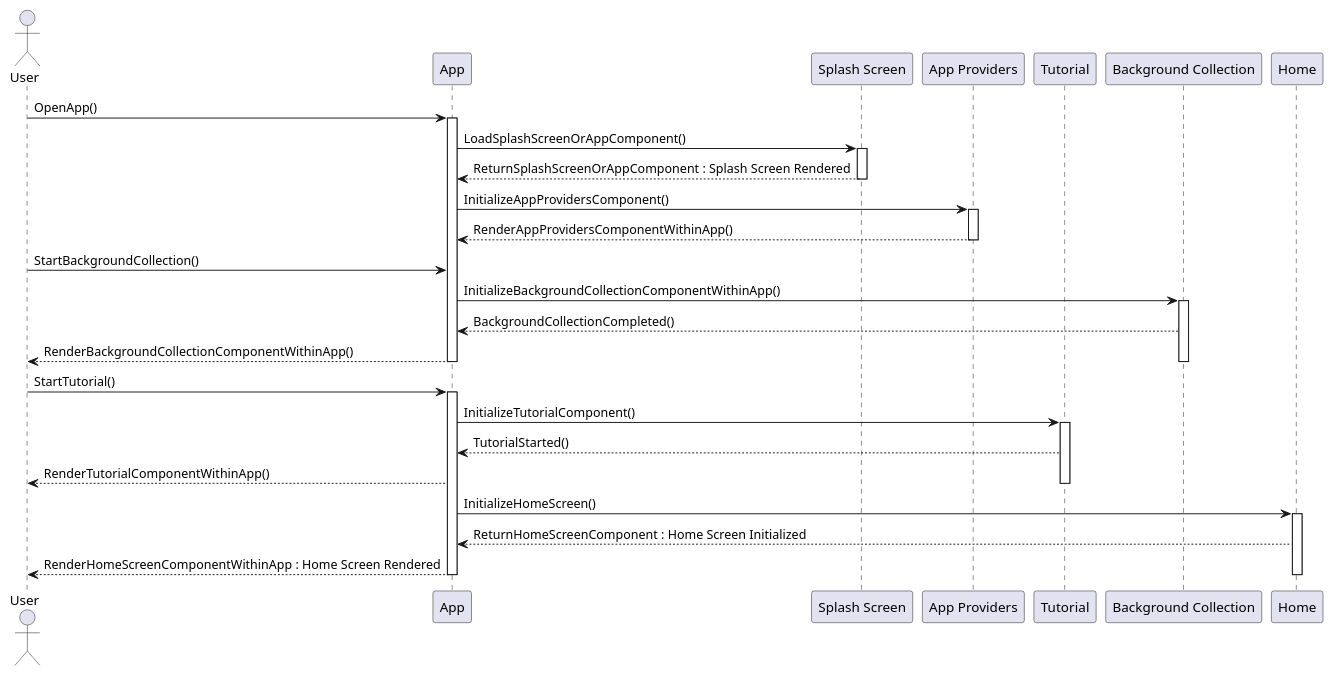
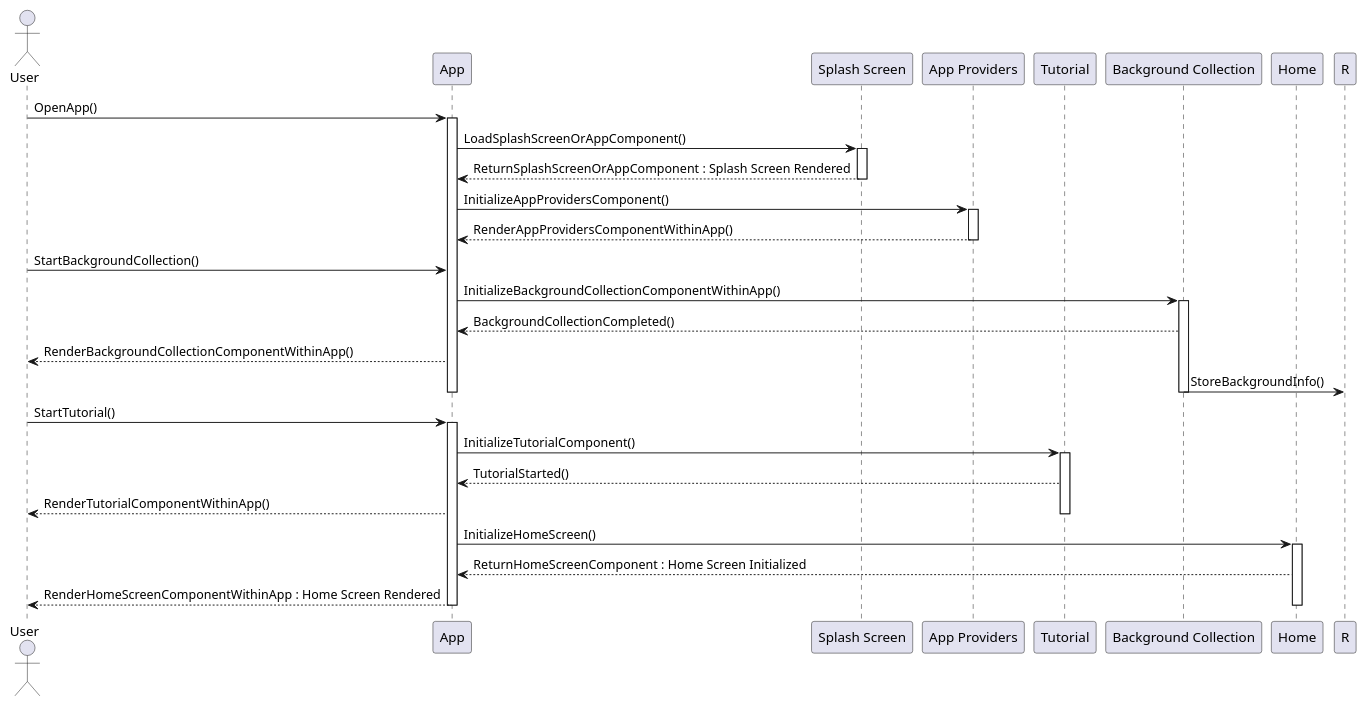
Before and after one commit to Windesheim-AI/UML-diagrams: the diagram in tdd/startup-phase-sequence.puml, drawn with PlantUML.

```diff
--- a/tdd/startup-phase-sequence.puml
+++ b/tdd/startup-phase-sequence.puml
@@ -1,45 +1,47 @@
 @startuml SequenceStartUpPhase
 
 actor "User" as U
 participant "App" as A
 participant "Splash Screen" as C
 participant "App Providers" as B
 participant "Tutorial" as T
 participant "Background Collection" as BC
 participant "Home" as D
+
 
 U -> A: OpenApp()
 activate A
 A -> C: LoadSplashScreenOrAppComponent()
 activate C
 C --> A: ReturnSplashScreenOrAppComponent : Splash Screen Rendered 
 deactivate C
 A -> B: InitializeAppProvidersComponent()
 activate B
 B --> A: RenderAppProvidersComponentWithinApp()
 deactivate B
 
 U -> A: StartBackgroundCollection()
 A -> BC: InitializeBackgroundCollectionComponentWithinApp()
 activate BC
 BC --> A: BackgroundCollectionCompleted()
 A --> U: RenderBackgroundCollectionComponentWithinApp()
+BC -> R: StoreBackgroundInfo()
 deactivate BC
 deactivate A
 
 U -> A: StartTutorial()
 activate A
 A -> T: InitializeTutorialComponent()
 activate T
 T --> A: TutorialStarted()
 A --> U: RenderTutorialComponentWithinApp()
 deactivate T
 
 A -> D: InitializeHomeScreen()
 activate D
 D --> A: ReturnHomeScreenComponent : Home Screen Initialized
 A --> U: RenderHomeScreenComponentWithinApp : Home Screen Rendered
 deactivate D
 deactivate A
 
 @enduml
```
